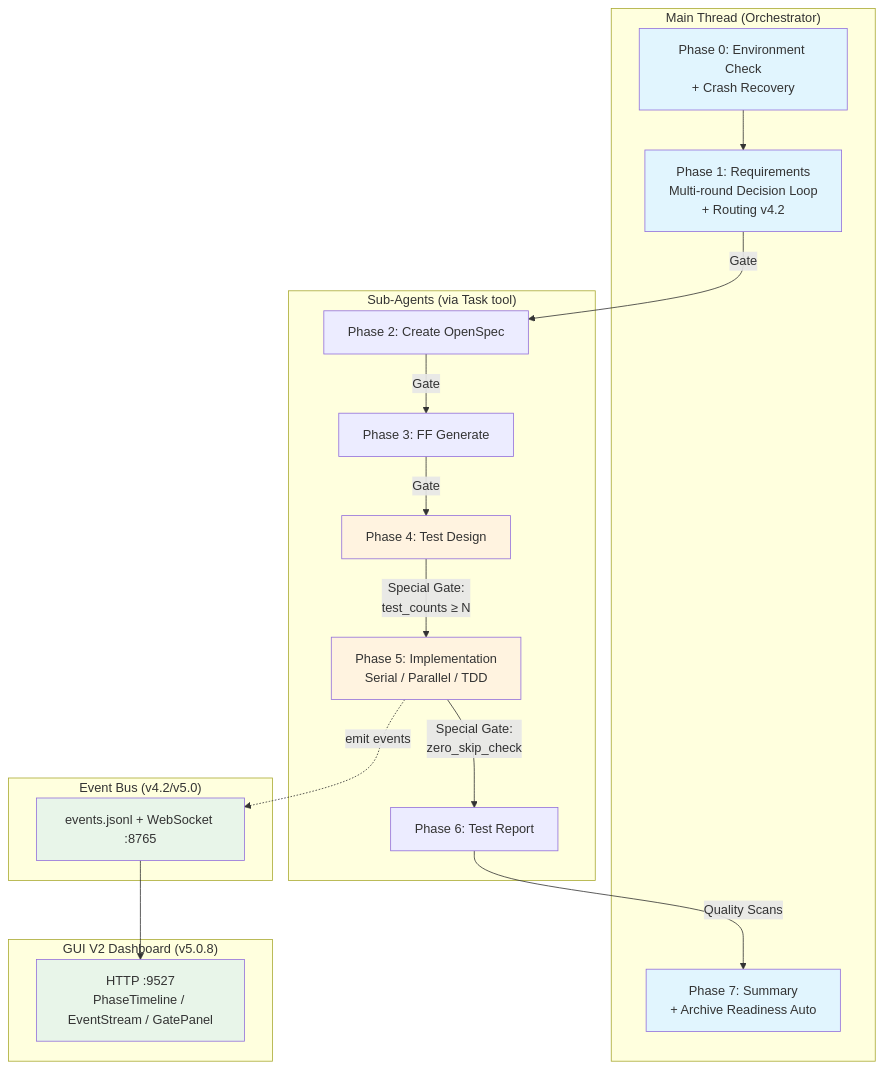
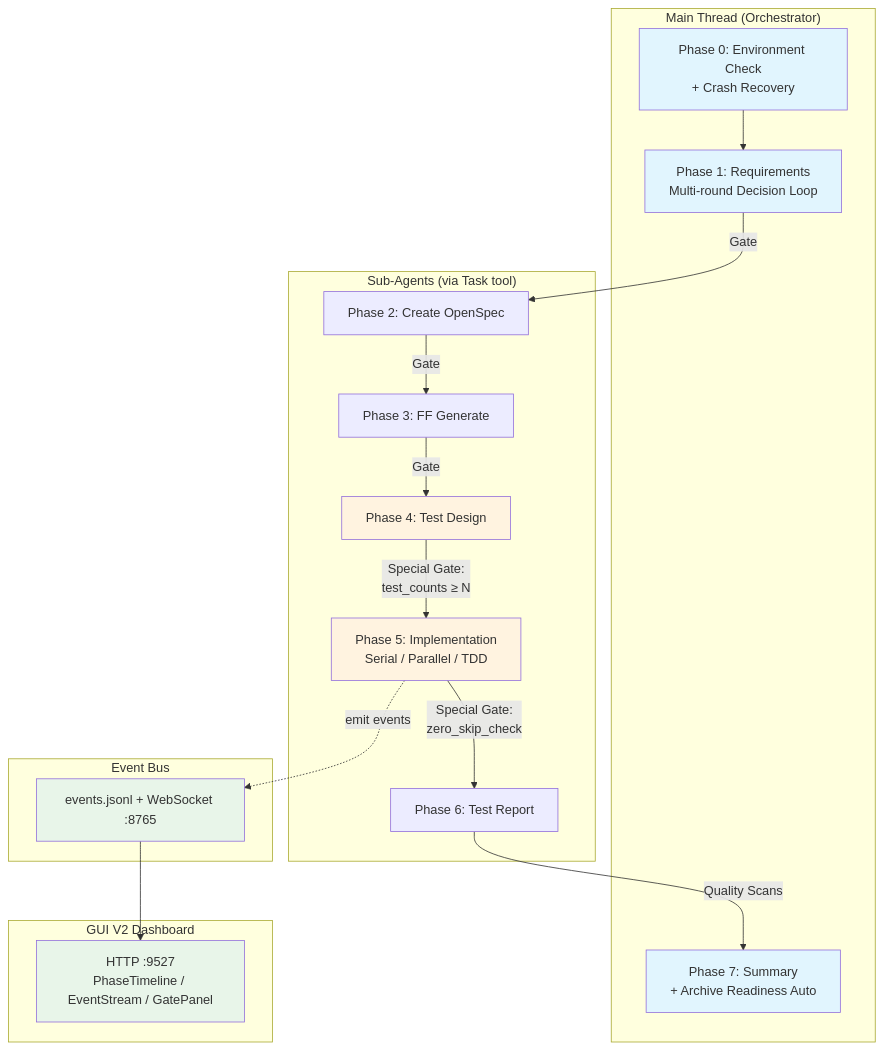
One commit to lorainwings/claude-autopilot changed the first of 4 diagrams in plugins/spec-autopilot/README.md. Above: the diagram before and after it, drawn with Mermaid. The commit also changed other lines of this file and 93 other files, not shown here.

````diff
--- a/plugins/spec-autopilot/README.md
+++ b/plugins/spec-autopilot/README.md
@@ -35,42 +35,42 @@
 ```mermaid
 graph TB
     subgraph "Main Thread (Orchestrator)"
         P0[Phase 0: Environment Check<br/>+ Crash Recovery]
-        P1[Phase 1: Requirements<br/>Multi-round Decision Loop<br/>+ Routing v4.2]
+        P1[Phase 1: Requirements<br/>Multi-round Decision Loop]
         P7[Phase 7: Summary<br/>+ Archive Readiness Auto]
     end
 
     subgraph "Sub-Agents (via Task tool)"
         P2[Phase 2: Create OpenSpec]
         P3[Phase 3: FF Generate]
         P4[Phase 4: Test Design]
         P5[Phase 5: Implementation<br/>Serial / Parallel / TDD]
         P6[Phase 6: Test Report]
     end
 
-    subgraph "Event Bus (v4.2/v5.0)"
+    subgraph "Event Bus"
         EB[events.jsonl + WebSocket :8765]
     end
 
-    subgraph "GUI V2 Dashboard (v5.0.8)"
+    subgraph "GUI V2 Dashboard"
         GUI[HTTP :9527<br/>PhaseTimeline / EventStream / GatePanel]
     end
 
     P0 --> P1
     P1 -->|Gate| P2
     P2 -->|Gate| P3
     P3 -->|Gate| P4
     P4 -->|Special Gate:<br/>test_counts ≥ N| P5
     P5 -->|Special Gate:<br/>zero_skip_check| P6
     P6 -->|Quality Scans| P7
     P5 -.->|emit events| EB
     EB --> GUI
 
     style P0 fill:#e1f5fe
     style P1 fill:#e1f5fe
     style P7 fill:#e1f5fe
     style P4 fill:#fff3e0
     style P5 fill:#fff3e0
     style EB fill:#e8f5e9
     style GUI fill:#e8f5e9
 ```
````
